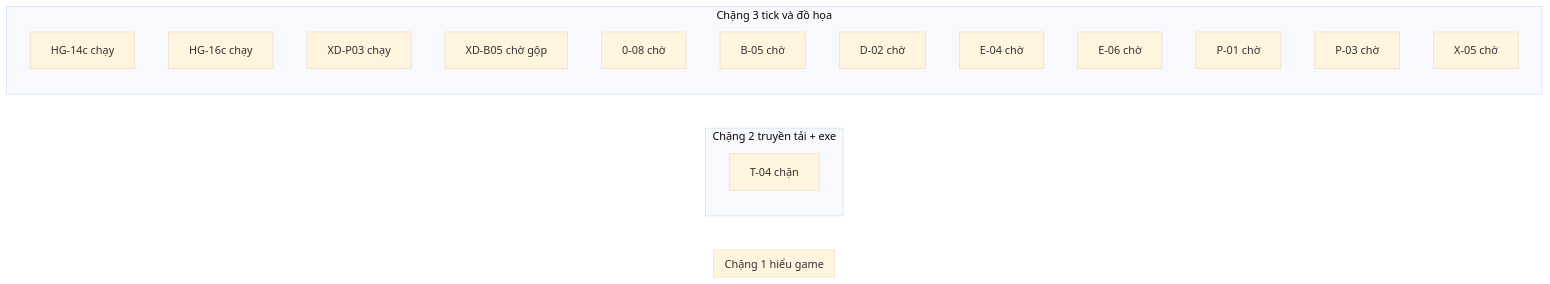
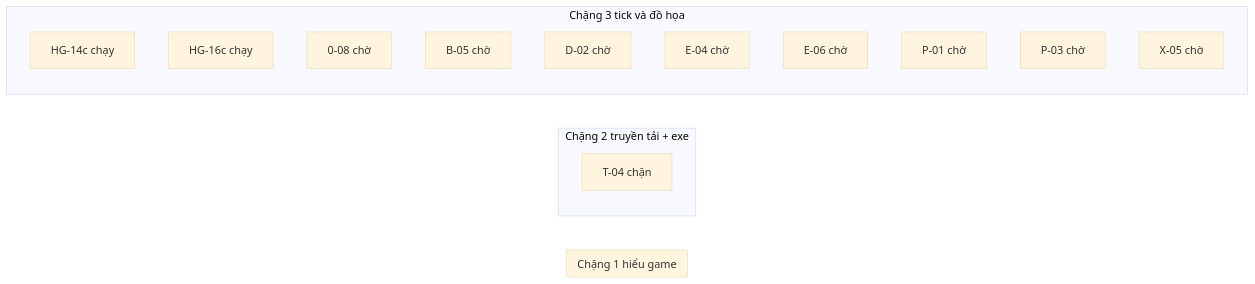
Before and after one commit to ndtangoss-dev/jx1-reports: the diagram in JX1_OPS/STATE/TIEN-DO.md, drawn with Mermaid (base theme). The commit also changed other lines of this file and 4 other files, not shown here.

````diff
--- a/JX1_OPS/STATE/TIEN-DO.md
+++ b/JX1_OPS/STATE/TIEN-DO.md
@@ -9,22 +9,20 @@
 ```mermaid
 flowchart LR
   subgraph S1["Chặng 1 hiểu game"]
   end
   subgraph S2["Chặng 2 truyền tải + exe"]
     T_04["T-04 chặn"]
   end
   subgraph S3["Chặng 3 tick và đồ họa"]
     HG_14c["HG-14c chạy"]
     HG_16c["HG-16c chạy"]
-    XD_P03["XD-P03 chạy"]
-    XD_B05["XD-B05 chờ gộp"]
     0_08["0-08 chờ"]
     B_05["B-05 chờ"]
     D_02["D-02 chờ"]
     E_04["E-04 chờ"]
     E_06["E-06 chờ"]
     P_01["P-01 chờ"]
     P_03["P-03 chờ"]
     X_05["X-05 chờ"]
   end
 ```
````
